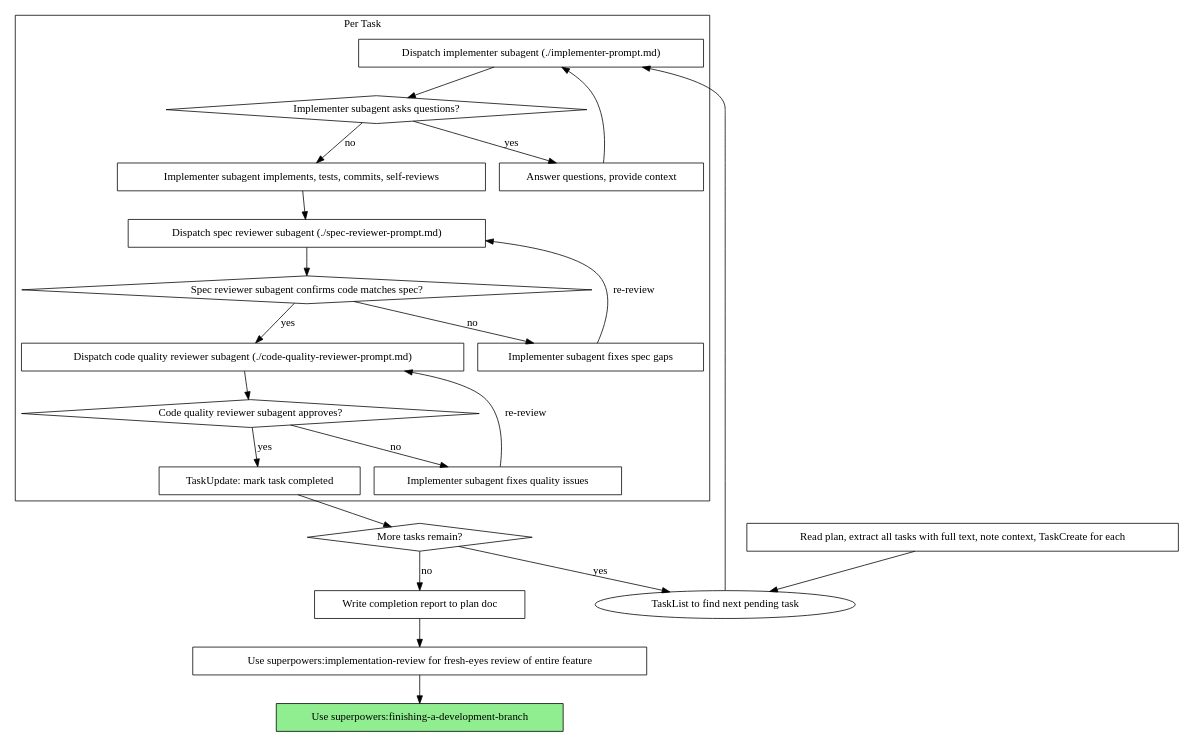
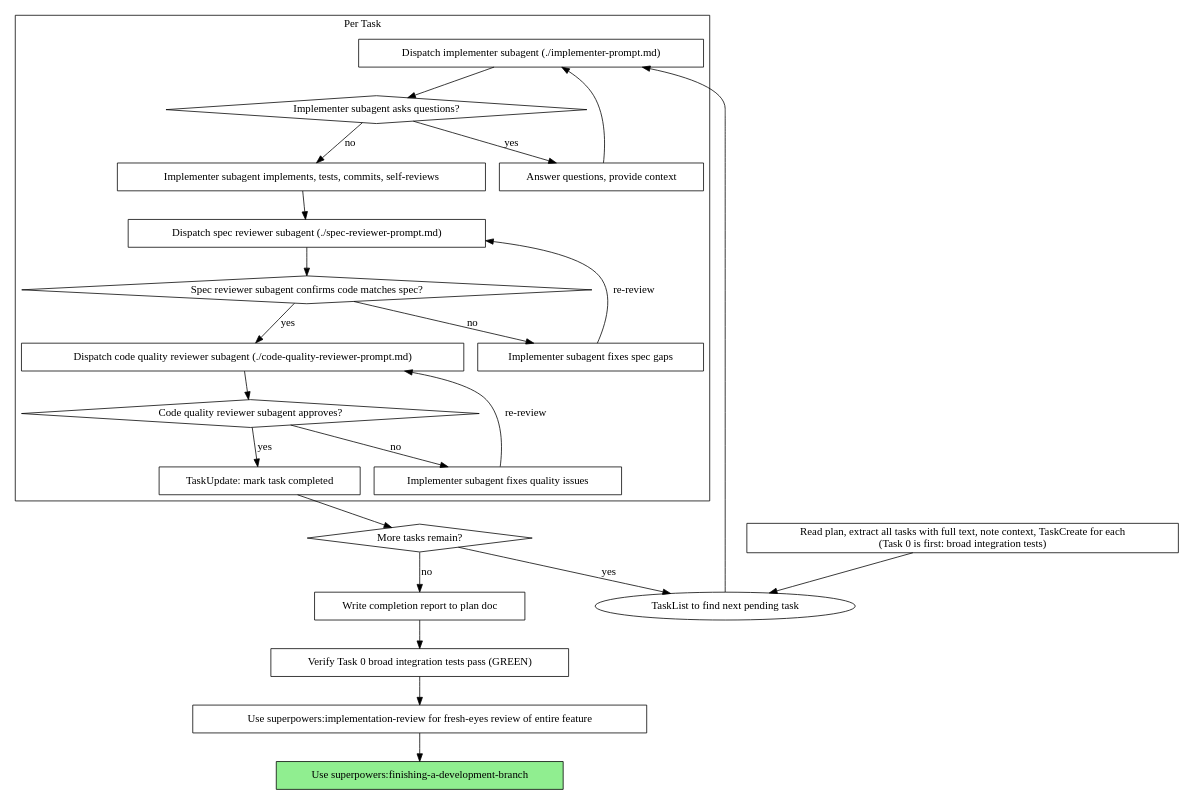
The second of 2 diagrams in skills/subagent-driven-development/SKILL.md (nikhilsitaram/superpowers), drawn with Graphviz before and after one commit. The commit also changed other lines of this file and 10 other files, not shown here.

````diff
--- a/skills/subagent-driven-development/SKILL.md
+++ b/skills/subagent-driven-development/SKILL.md
@@ -40,47 +40,49 @@
 ```dot
 digraph process {
     rankdir=TB;
 
     subgraph cluster_per_task {
         label="Per Task";
         "Dispatch implementer subagent (./implementer-prompt.md)" [shape=box];
         "Implementer subagent asks questions?" [shape=diamond];
         "Answer questions, provide context" [shape=box];
         "Implementer subagent implements, tests, commits, self-reviews" [shape=box];
         "Dispatch spec reviewer subagent (./spec-reviewer-prompt.md)" [shape=box];
         "Spec reviewer subagent confirms code matches spec?" [shape=diamond];
         "Implementer subagent fixes spec gaps" [shape=box];
         "Dispatch code quality reviewer subagent (./code-quality-reviewer-prompt.md)" [shape=box];
         "Code quality reviewer subagent approves?" [shape=diamond];
         "Implementer subagent fixes quality issues" [shape=box];
         "TaskUpdate: mark task completed" [shape=box];
     }
 
-    "Read plan, extract all tasks with full text, note context, TaskCreate for each" [shape=box];
+    "Read plan, extract all tasks with full text, note context, TaskCreate for each\n(Task 0 is first: broad integration tests)" [shape=box];
     "More tasks remain?" [shape=diamond];
+    "Verify Task 0 broad integration tests pass (GREEN)" [shape=box];
     "Use superpowers:implementation-review for fresh-eyes review of entire feature" [shape=box];
     "Use superpowers:finishing-a-development-branch" [shape=box style=filled fillcolor=lightgreen];
 
-    "Read plan, extract all tasks with full text, note context, TaskCreate for each" -> "TaskList to find next pending task";
+    "Read plan, extract all tasks with full text, note context, TaskCreate for each\n(Task 0 is first: broad integration tests)" -> "TaskList to find next pending task";
     "TaskList to find next pending task" -> "Dispatch implementer subagent (./implementer-prompt.md)";
     "Dispatch implementer subagent (./implementer-prompt.md)" -> "Implementer subagent asks questions?";
     "Implementer subagent asks questions?" -> "Answer questions, provide context" [label="yes"];
     "Answer questions, provide context" -> "Dispatch implementer subagent (./implementer-prompt.md)";
     "Implementer subagent asks questions?" -> "Implementer subagent implements, tests, commits, self-reviews" [label="no"];
     "Implementer subagent implements, tests, commits, self-reviews" -> "Dispatch spec reviewer subagent (./spec-reviewer-prompt.md)";
     "Dispatch spec reviewer subagent (./spec-reviewer-prompt.md)" -> "Spec reviewer subagent confirms code matches spec?";
     "Spec reviewer subagent confirms code matches spec?" -> "Implementer subagent fixes spec gaps" [label="no"];
     "Implementer subagent fixes spec gaps" -> "Dispatch spec reviewer subagent (./spec-reviewer-prompt.md)" [label="re-review"];
     "Spec reviewer subagent confirms code matches spec?" -> "Dispatch code quality reviewer subagent (./code-quality-reviewer-prompt.md)" [label="yes"];
     "Dispatch code quality reviewer subagent (./code-quality-reviewer-prompt.md)" -> "Code quality reviewer subagent approves?";
     "Code quality reviewer subagent approves?" -> "Implementer subagent fixes quality issues" [label="no"];
     "Implementer subagent fixes quality issues" -> "Dispatch code quality reviewer subagent (./code-quality-reviewer-prompt.md)" [label="re-review"];
     "Code quality reviewer subagent approves?" -> "TaskUpdate: mark task completed" [label="yes"];
     "TaskUpdate: mark task completed" -> "More tasks remain?";
     "More tasks remain?" -> "TaskList to find next pending task" [label="yes"];
     "Write completion report to plan doc" [shape=box];
     "More tasks remain?" -> "Write completion report to plan doc" [label="no"];
-    "Write completion report to plan doc" -> "Use superpowers:implementation-review for fresh-eyes review of entire feature";
+    "Write completion report to plan doc" -> "Verify Task 0 broad integration tests pass (GREEN)";
+    "Verify Task 0 broad integration tests pass (GREEN)" -> "Use superpowers:implementation-review for fresh-eyes review of entire feature";
     "Use superpowers:implementation-review for fresh-eyes review of entire feature" -> "Use superpowers:finishing-a-development-branch";
 }
 ```
````
